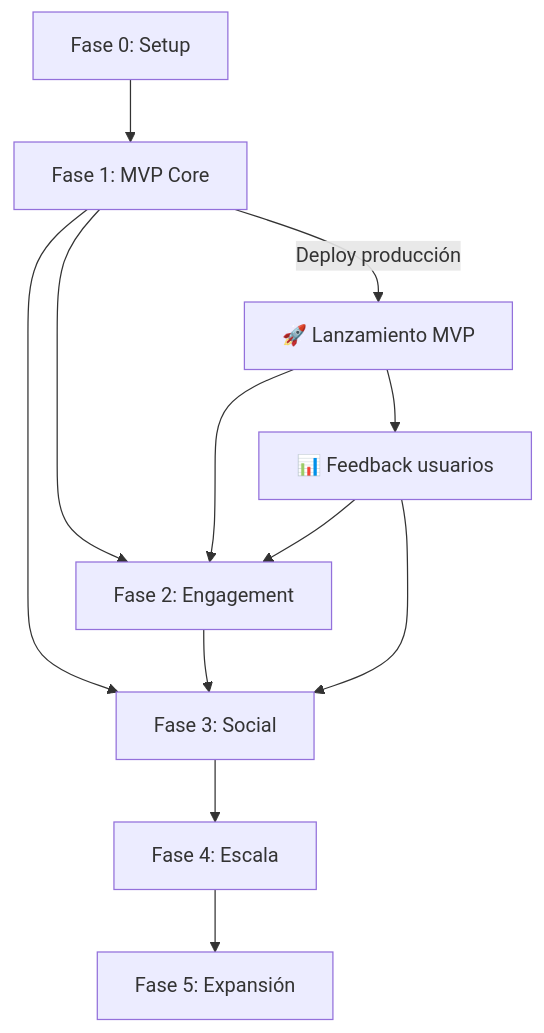
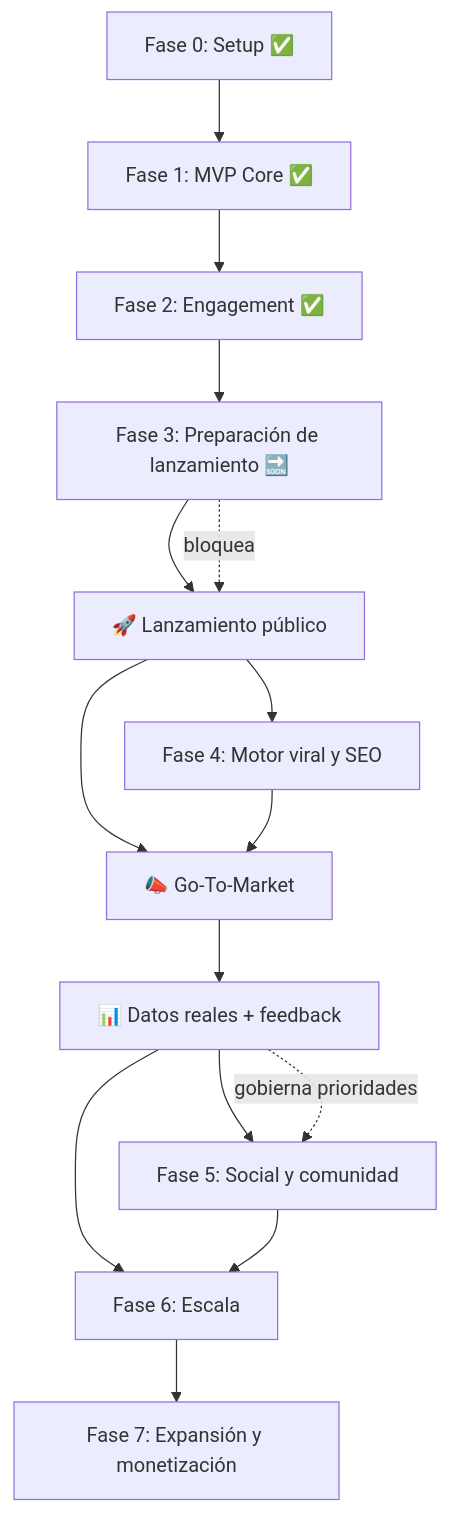
Before and after one commit to albertuco3/cinepov: the diagram in docs/roadmap.md, drawn with Mermaid. The commit also changed other lines of this file and 157 other files, not shown here.

````diff
--- a/docs/roadmap.md
+++ b/docs/roadmap.md
@@ -486,15 +605,18 @@
 ```mermaid
 graph TD
-    F0["Fase 0: Setup"] --> F1["Fase 1: MVP Core"]
-    F1 --> F2["Fase 2: Engagement"]
-    F1 --> F3["Fase 3: Social"]
-    F2 --> F3
-    F3 --> F4["Fase 4: Escala"]
-    F4 --> F5["Fase 5: Expansión"]
-    
-    F1 -->|"Deploy producción"| LAUNCH["🚀 Lanzamiento MVP"]
-    LAUNCH --> F2
-    LAUNCH --> FEEDBACK["📊 Feedback usuarios"]
-    FEEDBACK --> F2
-    FEEDBACK --> F3
+    F0["Fase 0: Setup ✅"] --> F1["Fase 1: MVP Core ✅"]
+    F1 --> F2["Fase 2: Engagement ✅"]
+    F2 --> F3["Fase 3: Preparación de lanzamiento 🔜"]
+    F3 --> LAUNCH["🚀 Lanzamiento público"]
+    LAUNCH --> F4["Fase 4: Motor viral y SEO"]
+    LAUNCH --> GTM["📣 Go-To-Market"]
+    F4 --> GTM
+    GTM --> DATA["📊 Datos reales + feedback"]
+    DATA --> F5["Fase 5: Social y comunidad"]
+    DATA --> F6["Fase 6: Escala"]
+    F5 --> F6
+    F6 --> F7["Fase 7: Expansión y monetización"]
+
+    F3 -.->|"bloquea"| LAUNCH
+    DATA -.->|"gobierna prioridades"| F5
 ```
````
